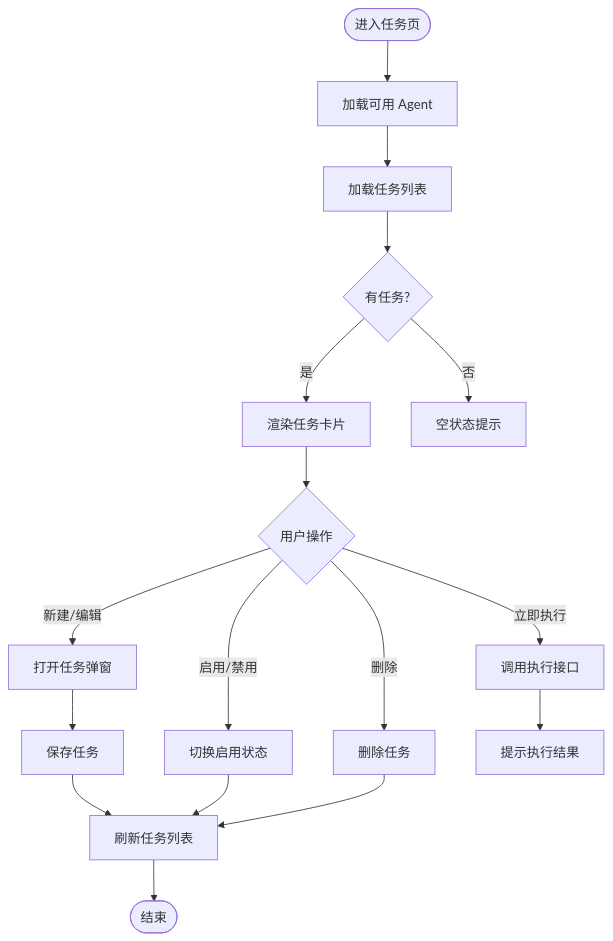
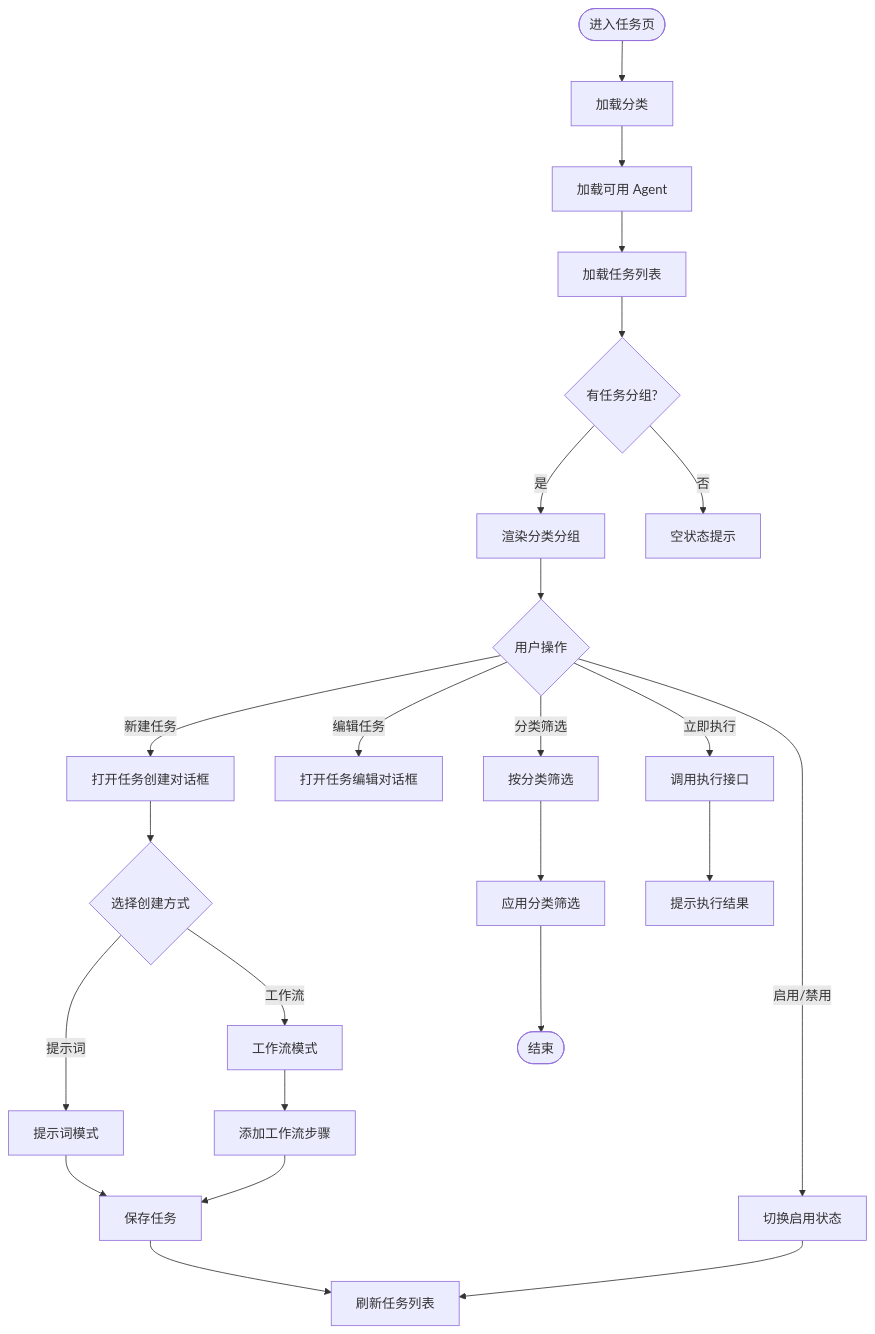
The third of 5 diagrams in .qoder/repowiki/zh/content/AI助手服务/桌面端应用/UI界面组件/任务界面组件.md (openlowcodelab/lowcode), drawn with Mermaid before and after one commit. The commit also changed other lines of this file and 118 other files, not shown here.

````diff
--- a/.qoder/repowiki/zh/content/AI助手服务/桌面端应用/UI界面组件/任务界面组件.md
+++ b/.qoder/repowiki/zh/content/AI助手服务/桌面端应用/UI界面组件/任务界面组件.md
@@ -147,19 +168,26 @@
 ```mermaid
 flowchart TD
-Start(["进入任务页"]) --> LoadAgents["加载可用 Agent"]
+Start(["进入任务页"]) --> LoadCategories["加载分类"]
+LoadCategories --> LoadAgents["加载可用 Agent"]
 LoadAgents --> LoadTasks["加载任务列表"]
-LoadTasks --> RenderTasks{"有任务?"}
-RenderTasks --> |是| ShowCards["渲染任务卡片"]
-RenderTasks --> |否| EmptyState["空状态提示"]
-ShowCards --> UserAction{"用户操作"}
-UserAction --> |新建/编辑| OpenDialog["打开任务弹窗"]
+LoadTasks --> RenderGroups{"有任务分组?"}
+RenderGroups --> |是| ShowGroups["渲染分类分组"]
+RenderGroups --> |否| EmptyState["空状态提示"]
+ShowGroups --> UserAction{"用户操作"}
+UserAction --> |新建任务| OpenDialog["打开任务创建对话框"]
+UserAction --> |编辑任务| EditTask["打开任务编辑对话框"]
+UserAction --> |分类筛选| FilterByCategory["按分类筛选"]
 UserAction --> |立即执行| ExecuteNow["调用执行接口"]
 UserAction --> |启用/禁用| ToggleEnable["切换启用状态"]
-UserAction --> |删除| DeleteTask["删除任务"]
-OpenDialog --> SaveTask["保存任务"]
+OpenDialog --> ConfigureWorkflow{"选择创建方式"}
+ConfigureWorkflow --> |提示词| PromptMode["提示词模式"]
+ConfigureWorkflow --> |工作流| WorkflowMode["工作流模式"]
+WorkflowMode --> AddSteps["添加工作流步骤"]
+AddSteps --> SaveTask["保存任务"]
+PromptMode --> SaveTask
 SaveTask --> RefreshTasks["刷新任务列表"]
 ExecuteNow --> Toast["提示执行结果"]
 ToggleEnable --> RefreshTasks
-DeleteTask --> RefreshTasks
-RefreshTasks --> End(["结束"])
+FilterByCategory --> ApplyFilter["应用分类筛选"]
+ApplyFilter --> End(["结束"])
 ```
````
